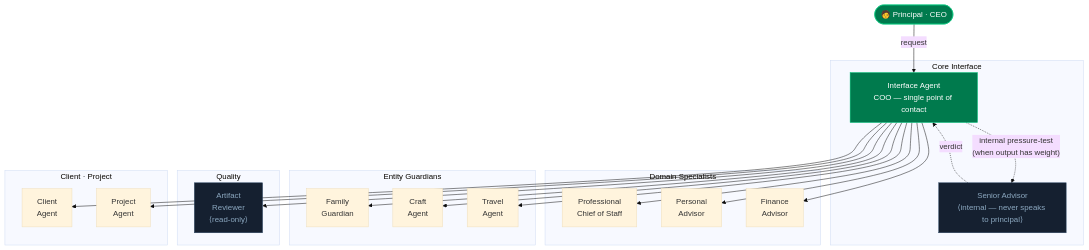
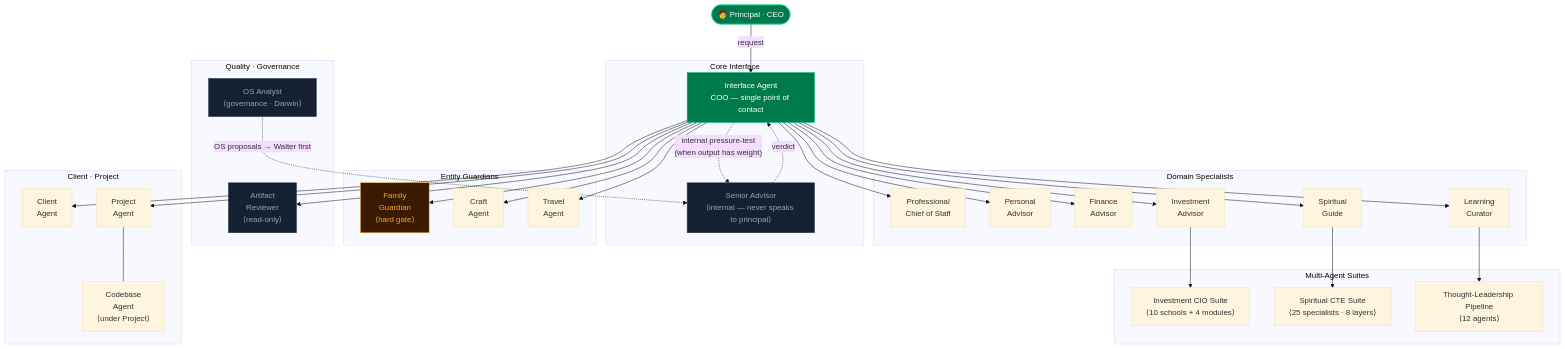
One commit to DScardini91/agentic-os changed the first of 7 diagrams in ARCHITECTURE.md. Above: the diagram before and after it, drawn with Mermaid (base theme). The commit also changed other lines of this file, not shown here.

First line of the commit message:
feat(docs): expand architecture — 7 diagrams, D1 gate, Darwin loop, TL pipeline

````diff
--- a/ARCHITECTURE.md
+++ b/ARCHITECTURE.md
@@ -9,43 +9,61 @@
 ```mermaid
 flowchart TD
     P(["🧑 Principal · CEO"])
 
     subgraph Core ["Core Interface"]
         K["Interface Agent\nCOO — single point of contact"]
         W["Senior Advisor\n⟨internal — never speaks to principal⟩"]
     end
 
     subgraph Specialists ["Domain Specialists"]
         PCS["Professional\nChief of Staff"]
         PA["Personal\nAdvisor"]
         FA["Finance\nAdvisor"]
+        INV["Investment\nAdvisor"]
+        SPI["Spiritual\nGuide"]
+        LRN["Learning\nCurator"]
     end
 
     subgraph Guardians ["Entity Guardians"]
-        FG["Family\nGuardian"]
+        FG["Family\nGuardian\n⟨hard gate⟩"]
         M["Craft\nAgent"]
         TG["Travel\nAgent"]
     end
 
-    subgraph Quality ["Quality"]
+    subgraph Quality ["Quality · Governance"]
         AR["Artifact\nReviewer\n⟨read-only⟩"]
+        DA["OS Analyst\n⟨governance · Darwin⟩"]
     end
 
     subgraph ClientProject ["Client · Project"]
         CA["Client\nAgent"]
         PJA["Project\nAgent"]
+        PJA2["Codebase\nAgent\n⟨under Project⟩"]
+    end
+
+    subgraph Suites ["Multi-Agent Suites"]
+        INVS["Investment CIO Suite\n⟨10 schools + 4 modules⟩"]
+        SPIS["Spiritual CTE Suite\n⟨25 specialists · 8 layers⟩"]
+        TLS["Thought-Leadership Pipeline\n⟨12 agents⟩"]
     end
 
     P -->|"request"| K
     K -.->|"internal pressure-test\n(when output has weight)"| W
     W -.->|"verdict"| K
-    K --> PCS & PA & FA
+    K --> PCS & PA & FA & INV & SPI & LRN
     K --> FG & M & TG
     K --> AR
+    DA -.->|"OS proposals → Walter first"| W
     K --> CA & PJA
+    PJA --- PJA2
+    INV --> INVS
+    SPI --> SPIS
+    LRN --> TLS
 
     style P fill:#007A4D,stroke:#00C47A,color:#fff
     style K fill:#007A4D,stroke:#00C47A,color:#fff
     style W fill:#152030,stroke:#2A4460,color:#8CA8C0
     style AR fill:#152030,stroke:#2A4460,color:#8CA8C0
+    style DA fill:#152030,stroke:#2A4460,color:#8CA8C0
+    style FG fill:#3A1A00,stroke:#F5A623,color:#F5A623
 ```
````
